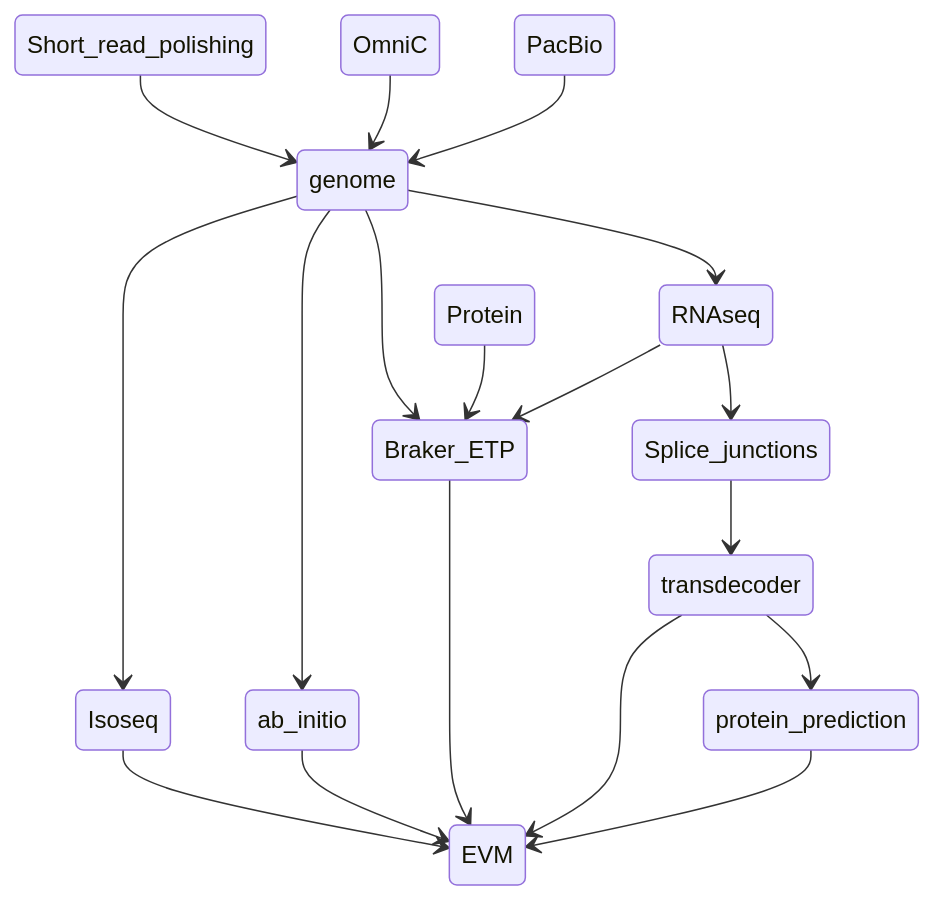
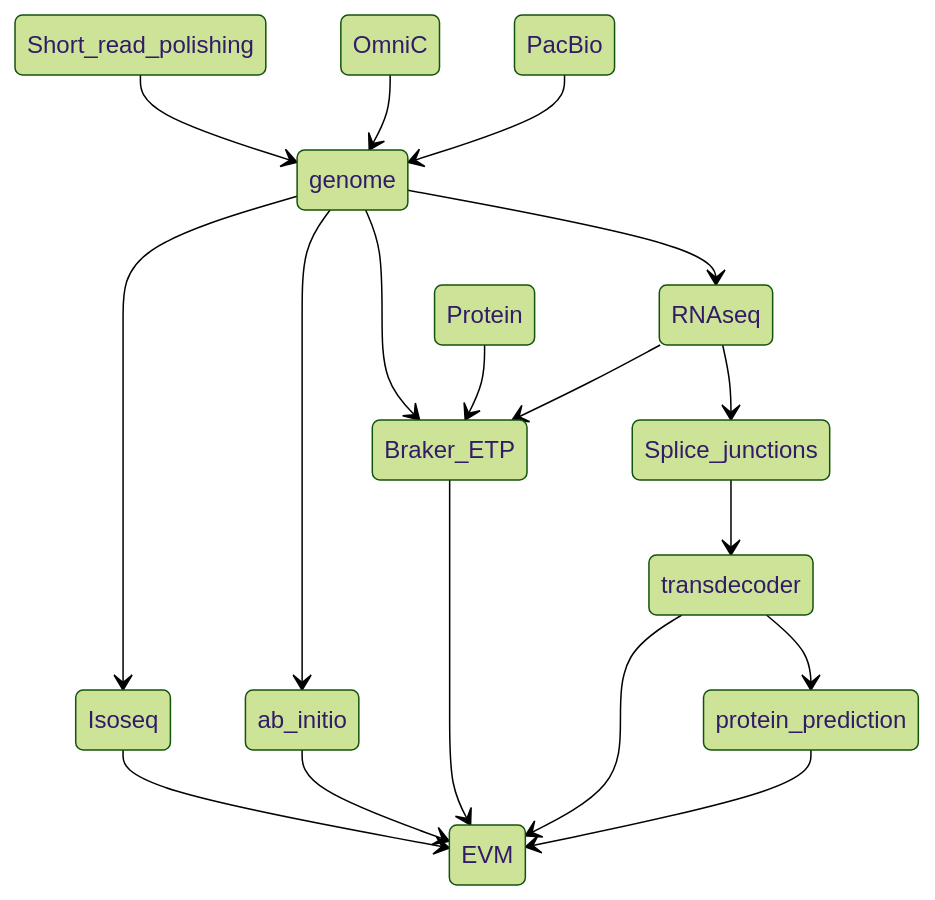
The diagram in README.md (wzuhou/Genome_assembly_annotation), drawn with Mermaid before and after one commit.

````diff
--- a/README.md
+++ b/README.md
@@ -65,24 +65,26 @@
 ```mermaid
+%%{init: {'theme':'forest'}}%%
+
 stateDiagram
     #[*] --> genome
     #genome --> [*]
     Short_read_polishing --> genome
     OmniC --> genome
     PacBio --> genome
     #genome --> repeatmask
     genome --> RNAseq
     RNAseq --> Splice_junctions
     Splice_junctions --> transdecoder
     transdecoder --> protein_prediction
     genome --> Isoseq
     genome --> ab_initio 
     genome --> Braker_ETP
     Protein --> Braker_ETP
     RNAseq --> Braker_ETP
     Isoseq --> EVM
     ab_initio  --> EVM
     Braker_ETP --> EVM
     transdecoder --> EVM
     protein_prediction --> EVM
     
 ```
````
